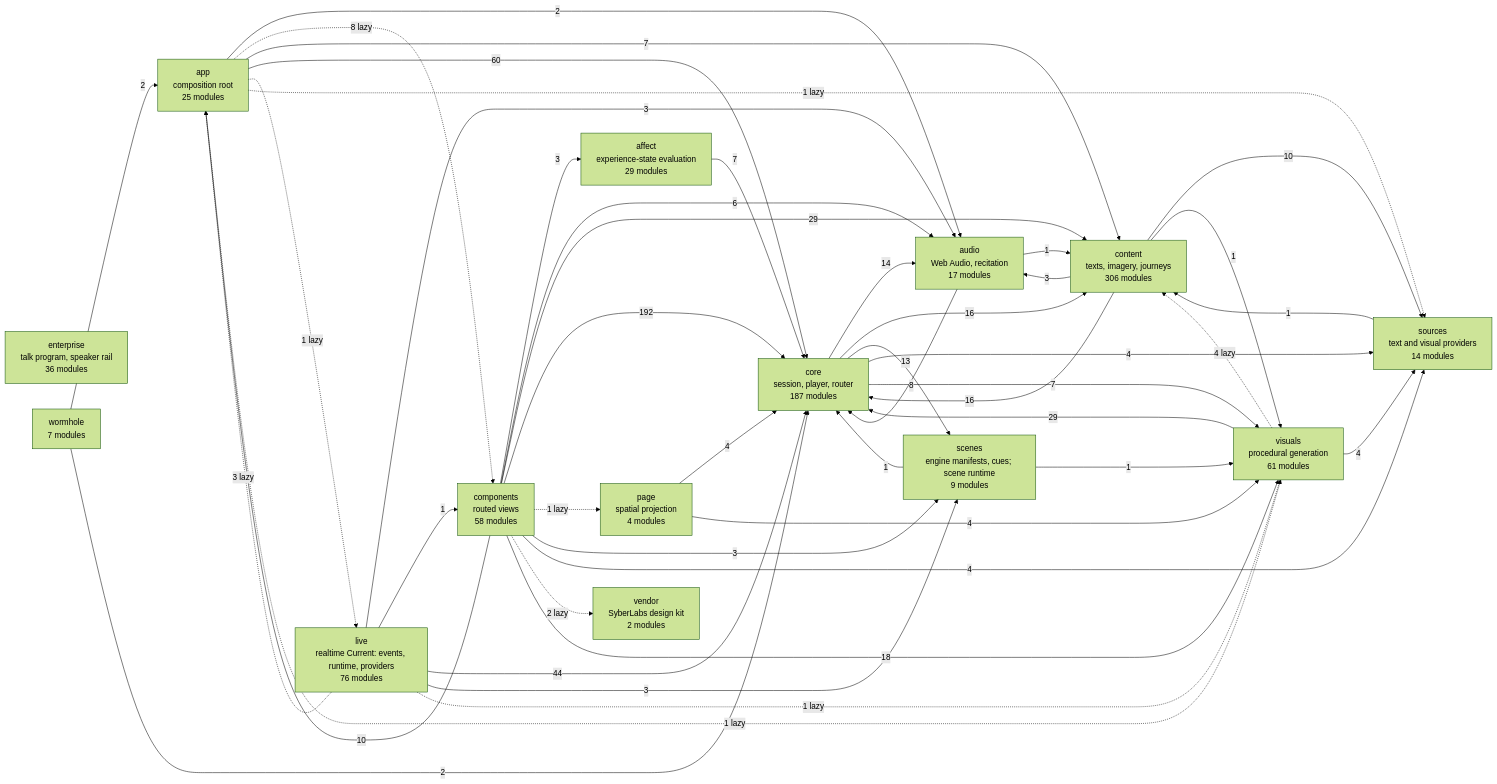
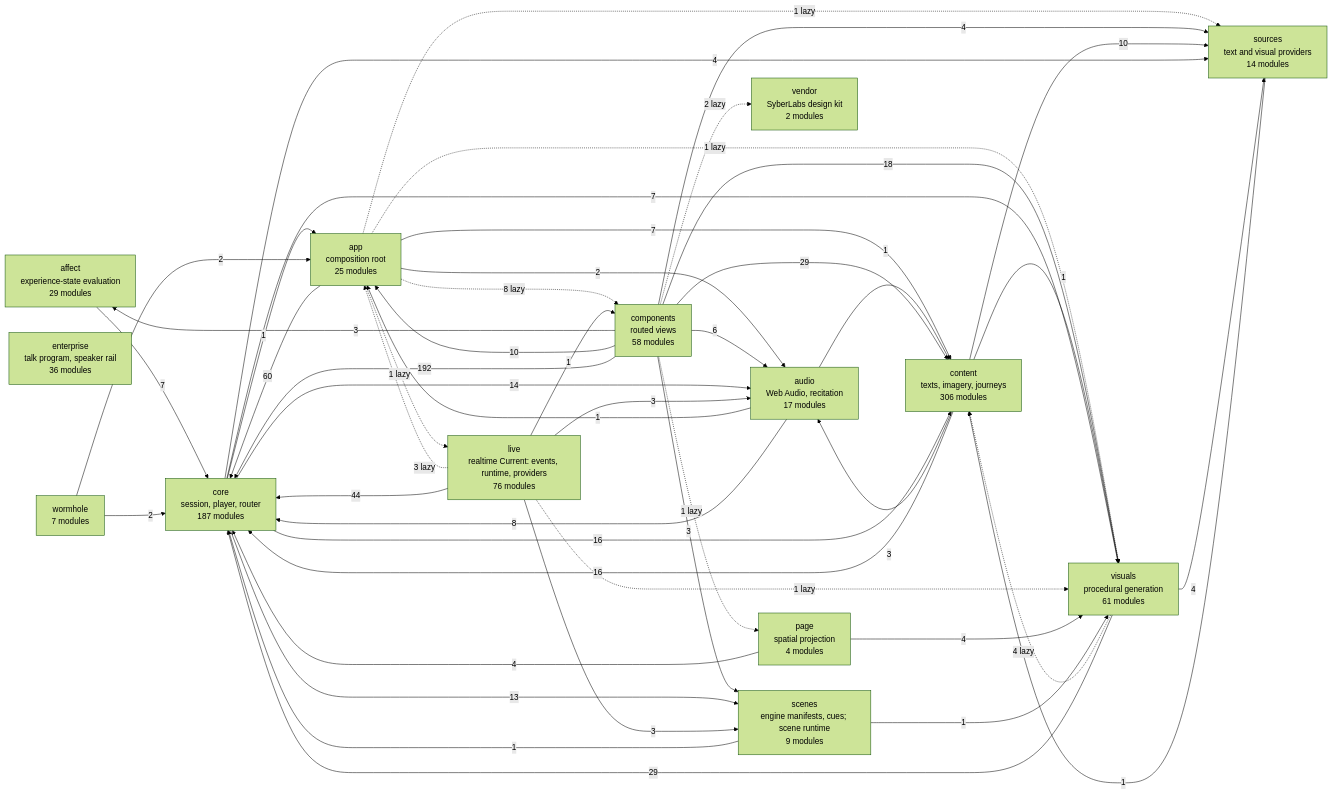
Before and after one commit to SyberLabs/RISE: the diagram in docs/specs/ARCHITECTURE.md, drawn with Mermaid (forest theme). The commit also changed 35 other files, not shown here.

````diff
--- a/docs/specs/ARCHITECTURE.md
+++ b/docs/specs/ARCHITECTURE.md
@@ -161,63 +161,65 @@
 ```mermaid
 flowchart LR
     affect["affect<br/>experience-state evaluation<br/>29 modules"]
     app["app<br/>composition root<br/>25 modules"]
     audio["audio<br/>Web Audio, recitation<br/>17 modules"]
     components["components<br/>routed views<br/>58 modules"]
     content["content<br/>texts, imagery, journeys<br/>306 modules"]
     core["core<br/>session, player, router<br/>187 modules"]
     enterprise["enterprise<br/>talk program, speaker rail<br/>36 modules"]
     live["live<br/>realtime Current: events, runtime, providers<br/>76 modules"]
     page["page<br/>spatial projection<br/>4 modules"]
     scenes["scenes<br/>engine manifests, cues; scene runtime<br/>9 modules"]
     sources["sources<br/>text and visual providers<br/>14 modules"]
     vendor["vendor<br/>SyberLabs design kit<br/>2 modules"]
     visuals["visuals<br/>procedural generation<br/>61 modules"]
     wormhole["wormhole<br/>7 modules"]
 
     affect --> |7| core
     app --> |2| audio
     app -.-> |8 lazy| components
     app --> |7| content
     app --> |60| core
     app -.-> |1 lazy| live
     app -.-> |1 lazy| sources
     app -.-> |1 lazy| visuals
+    audio --> |1| app
     audio --> |1| content
     audio --> |8| core
     components --> |3| affect
     components --> |10| app
     components --> |6| audio
     components --> |29| content
     components --> |192| core
     components -.-> |1 lazy| page
     components --> |3| scenes
     components --> |4| sources
     components -.-> |2 lazy| vendor
     components --> |18| visuals
     content --> |3| audio
     content --> |16| core
     content --> |10| sources
     content --> |1| visuals
+    core --> |1| app
     core --> |14| audio
     core --> |16| content
     core --> |13| scenes
     core --> |4| sources
     core --> |7| visuals
     live -.-> |3 lazy| app
     live --> |3| audio
     live --> |1| components
     live --> |44| core
     live --> |3| scenes
     live -.-> |1 lazy| visuals
     page --> |4| core
     page --> |4| visuals
     scenes --> |1| core
     scenes --> |1| visuals
     sources --> |1| content
     visuals -.-> |4 lazy| content
     visuals --> |29| core
     visuals --> |4| sources
     wormhole --> |2| app
     wormhole --> |2| core
 ```
````
